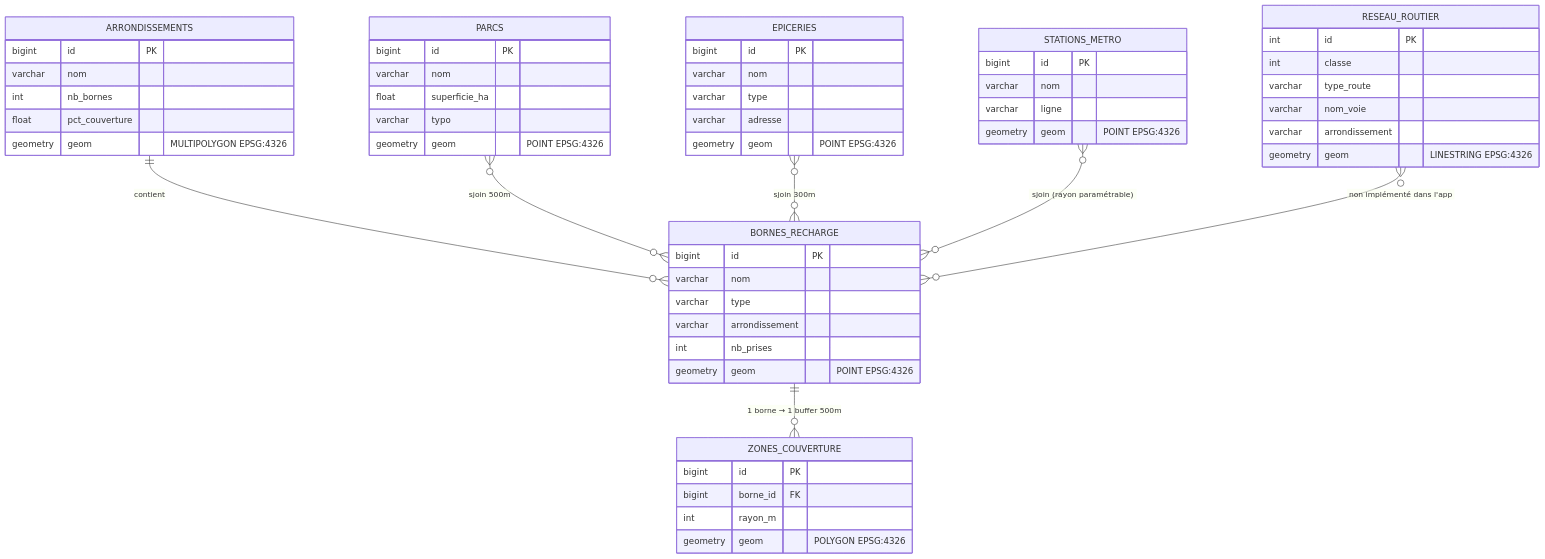
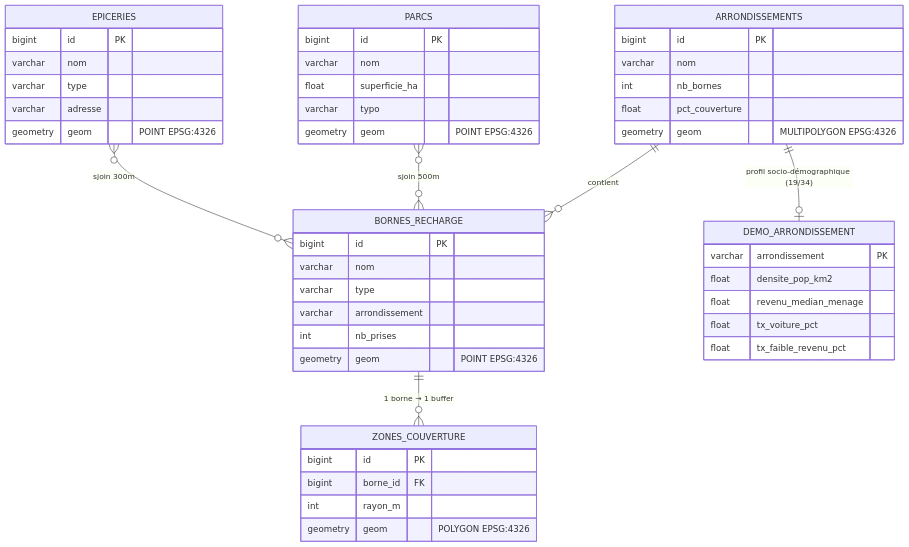
The third of 4 diagrams in DIAGRAMME_MERMAID.md (modou5604501/projet_Session), drawn with Mermaid before and after one commit. The commit also changed other lines of this file and 7 other files, not shown here.

First line of the commit message:
fix: purger les dernieres references a l'ancienne architecture (STM/shiny_app)

````diff
--- a/DIAGRAMME_MERMAID.md
+++ b/DIAGRAMME_MERMAID.md
@@ -81,59 +80,51 @@
 ```mermaid
 erDiagram
     BORNES_RECHARGE {
         bigint id PK
         varchar nom
         varchar type
         varchar arrondissement
         int nb_prises
         geometry geom "POINT EPSG:4326"
     }
     ZONES_COUVERTURE {
         bigint id PK
         bigint borne_id FK
         int rayon_m
         geometry geom "POLYGON EPSG:4326"
     }
     ARRONDISSEMENTS {
         bigint id PK
         varchar nom
         int nb_bornes
         float pct_couverture
         geometry geom "MULTIPOLYGON EPSG:4326"
     }
-    STATIONS_METRO {
-        bigint id PK
-        varchar nom
-        varchar ligne
-        geometry geom "POINT EPSG:4326"
-    }
     PARCS {
         bigint id PK
         varchar nom
         float superficie_ha
         varchar typo
         geometry geom "POINT EPSG:4326"
     }
     EPICERIES {
         bigint id PK
         varchar nom
         varchar type
         varchar adresse
         geometry geom "POINT EPSG:4326"
     }
-    RESEAU_ROUTIER {
-        int id PK
-        int classe
-        varchar type_route
-        varchar nom_voie
-        varchar arrondissement
-        geometry geom "LINESTRING EPSG:4326"
+    DEMO_ARRONDISSEMENT {
+        varchar arrondissement PK
+        float densite_pop_km2
+        float revenu_median_menage
+        float tx_voiture_pct
+        float tx_faible_revenu_pct
     }
 
-    BORNES_RECHARGE ||--o{ ZONES_COUVERTURE : "1 borne → 1 buffer 500m"
+    BORNES_RECHARGE ||--o{ ZONES_COUVERTURE : "1 borne → 1 buffer"
     ARRONDISSEMENTS ||--o{ BORNES_RECHARGE : "contient"
+    ARRONDISSEMENTS ||--o| DEMO_ARRONDISSEMENT : "profil socio-démographique (19/34)"
     PARCS }o--o{ BORNES_RECHARGE : "sjoin 500m"
     EPICERIES }o--o{ BORNES_RECHARGE : "sjoin 300m"
-    STATIONS_METRO }o--o{ BORNES_RECHARGE : "sjoin (rayon paramétrable)"
-    RESEAU_ROUTIER }o--o{ BORNES_RECHARGE : "non implémenté dans l'app"
 ```
````
